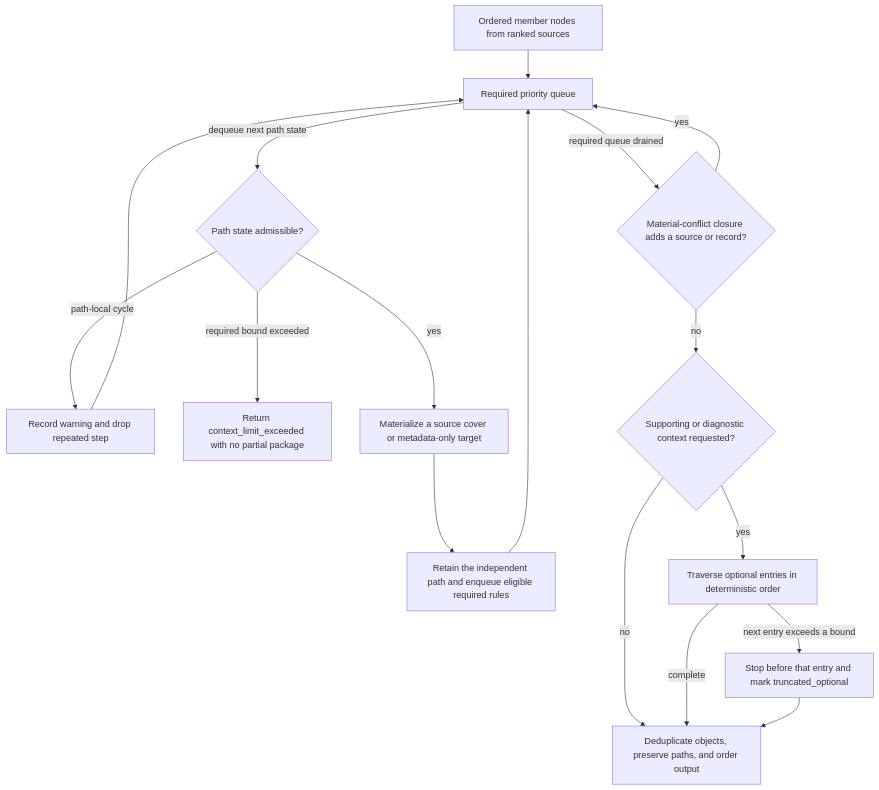
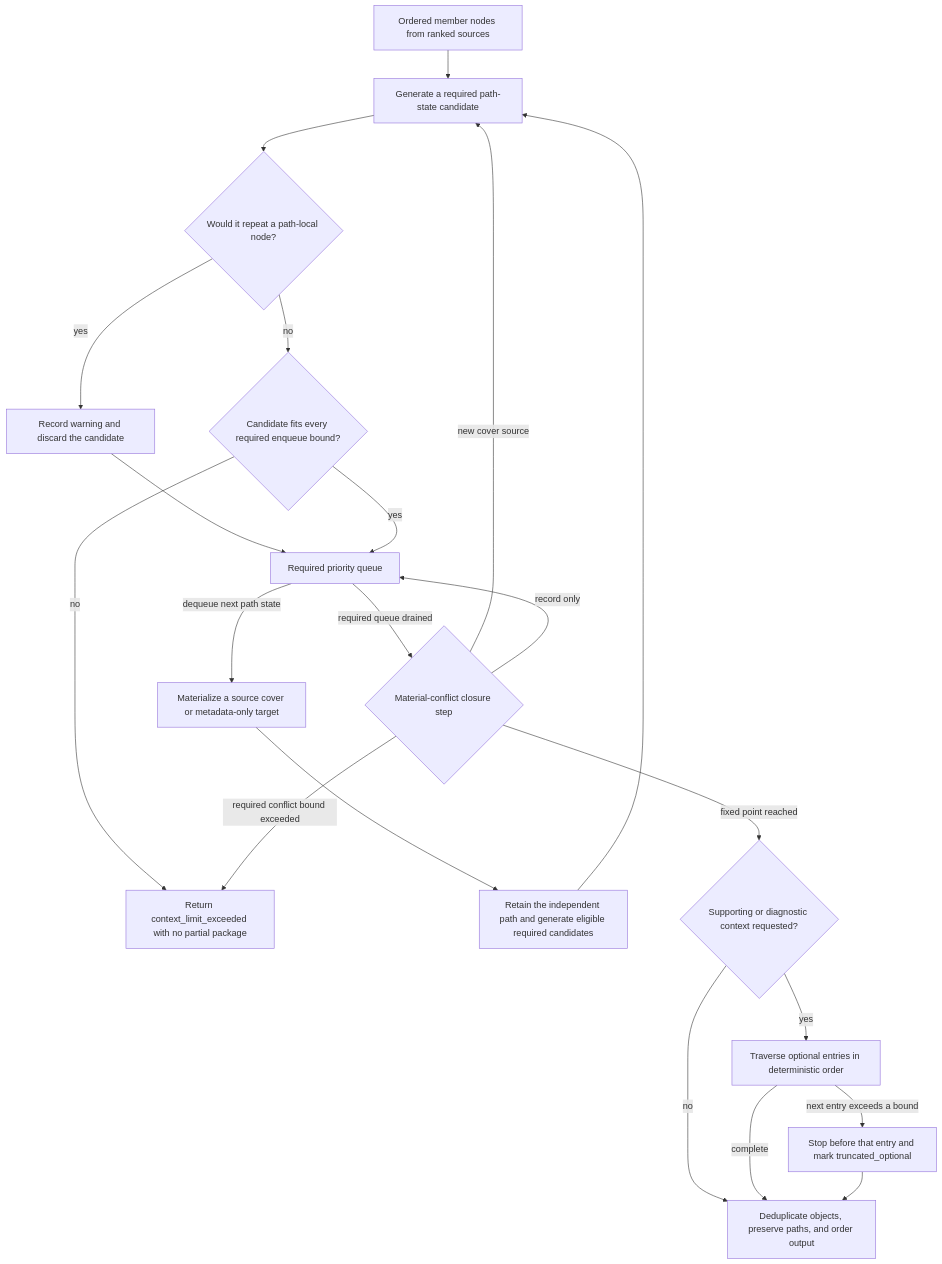
Before and after one commit to grammy-jiang/clause-sift: the fifth of 11 diagrams in docs/design.md, drawn with Mermaid. The commit also changed other lines of this file, not shown here.

Commit message:
docs(design): correct control-flow ordering

````diff
--- a/docs/design.md
+++ b/docs/design.md
@@ -1096,19 +1096,23 @@
 ```mermaid
 flowchart TD
-    SEED[Ordered member nodes from ranked sources] --> QUEUE[Required priority queue]
-    QUEUE -->|dequeue next path state| CHECK{Path state admissible?}
-    CHECK -->|path-local cycle| CYCLE[Record warning and drop repeated step]
+    SEED[Ordered member nodes from ranked sources] --> CANDIDATE[Generate a required path-state candidate]
+    CANDIDATE --> CYCLE_CHECK{Would it repeat a path-local node?}
+    CYCLE_CHECK -->|yes| CYCLE[Record warning and discard the candidate]
     CYCLE --> QUEUE
-    CHECK -->|required bound exceeded| FAIL[Return context_limit_exceeded with no partial package]
-    CHECK -->|yes| MATERIALIZE[Materialize a source cover or metadata-only target]
-    MATERIALIZE --> RETAIN[Retain the independent path and enqueue eligible required rules]
-    RETAIN --> QUEUE
-    QUEUE -->|required queue drained| CONFLICT{Material-conflict closure adds a source or record?}
-    CONFLICT -->|yes| QUEUE
-    CONFLICT -->|no| OPTIONAL{Supporting or diagnostic context requested?}
+    CYCLE_CHECK -->|no| BOUND_CHECK{Candidate fits every required enqueue bound?}
+    BOUND_CHECK -->|no| FAIL[Return context_limit_exceeded with no partial package]
+    BOUND_CHECK -->|yes| QUEUE[Required priority queue]
+    QUEUE -->|dequeue next path state| MATERIALIZE[Materialize a source cover or metadata-only target]
+    MATERIALIZE --> RETAIN[Retain the independent path and generate eligible required candidates]
+    RETAIN --> CANDIDATE
+    QUEUE -->|required queue drained| CONFLICT{Material-conflict closure step}
+    CONFLICT -->|new cover source| CANDIDATE
+    CONFLICT -->|record only| QUEUE
+    CONFLICT -->|required conflict bound exceeded| FAIL
+    CONFLICT -->|fixed point reached| OPTIONAL{Supporting or diagnostic context requested?}
     OPTIONAL -->|yes| OPTIONAL_RUN[Traverse optional entries in deterministic order]
     OPTIONAL -->|no| FINALIZE[Deduplicate objects, preserve paths, and order output]
     OPTIONAL_RUN -->|complete| FINALIZE
     OPTIONAL_RUN -->|next entry exceeds a bound| TRUNCATE[Stop before that entry and mark truncated_optional]
     TRUNCATE --> FINALIZE
 ```
````
